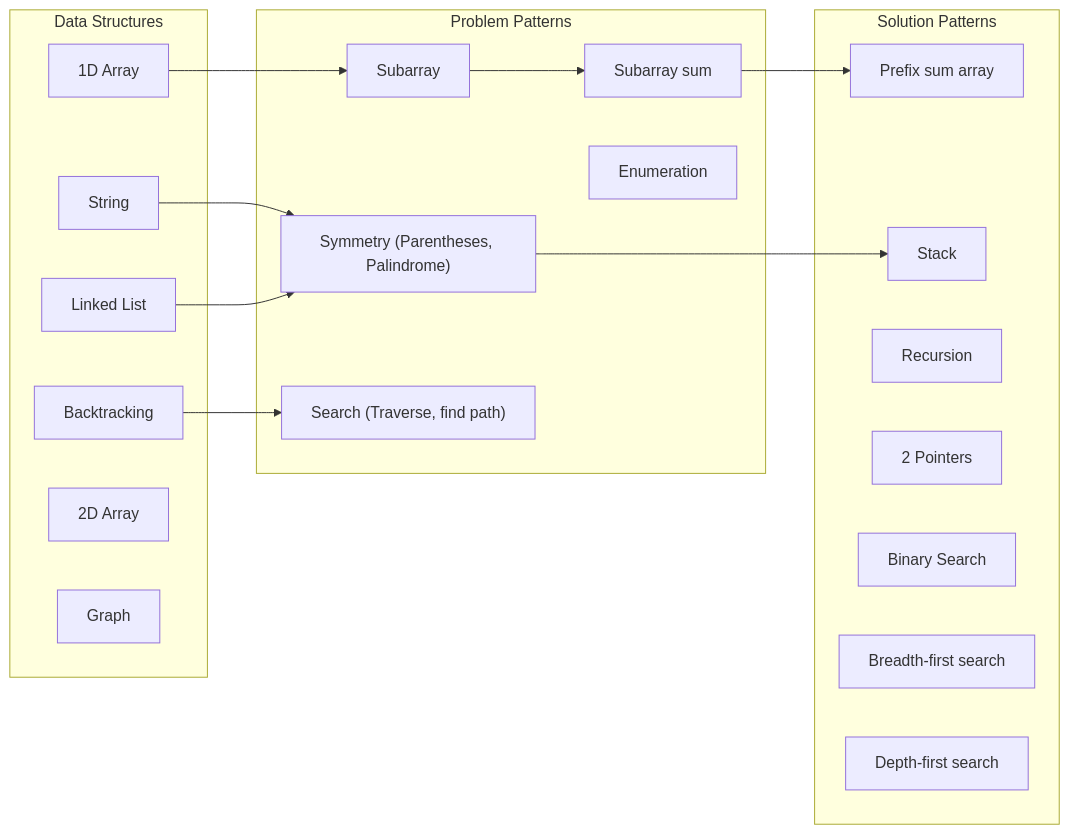
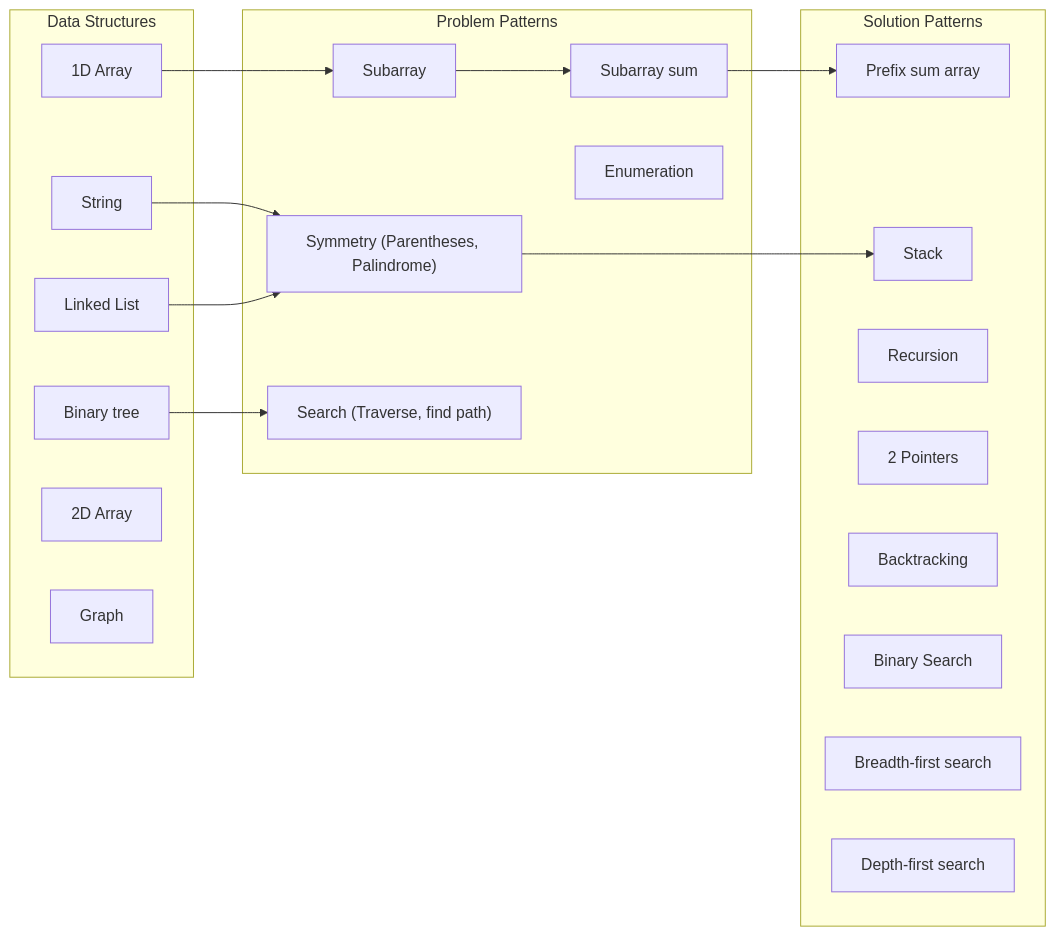
Before and after one commit to wuyichen24/coding-interview: the diagram in README.md, drawn with Mermaid.

````diff
--- a/README.md
+++ b/README.md
@@ -103,42 +103,43 @@
 ```mermaid
 flowchart LR
    %% data structure --> problem
    1DA-->SA
    ST-->SY
    LL-->SY
-   BT-->SC
+   BIT-->SC
    
    %% problem --> solution
    SAS-->PSA
    SY-->SK
 
    %% problem internal
    SA-->SAS
 
    subgraph datastructureSG ["Data Structures"]
       1DA["1D Array"]
       2DA["2D Array"]
       LL["Linked List"]
       ST["String"]
-      BT["Binary tree"]
+      BIT["Binary tree"]
       GP["Graph"]
    end
 
    subgraph problemSG ["Problem Patterns"]
       SA["Subarray"]
       SAS["Subarray sum"]
       SY["Symmetry (Parentheses, Palindrome)"]
       EN["Enumeration"]
       SC["Search (Traverse, find path)"]
    end
+
    subgraph solutionSG [Solution Patterns]
       PSA["Prefix sum array"]
       RC["Recursion"]
       2P["2 Pointers"]
       SK["Stack"]
       BT["Backtracking"]
       BS["Binary Search"]
       BFS["Breadth-first search"]
       DFS["Depth-first search"]
    end
 ```
````
